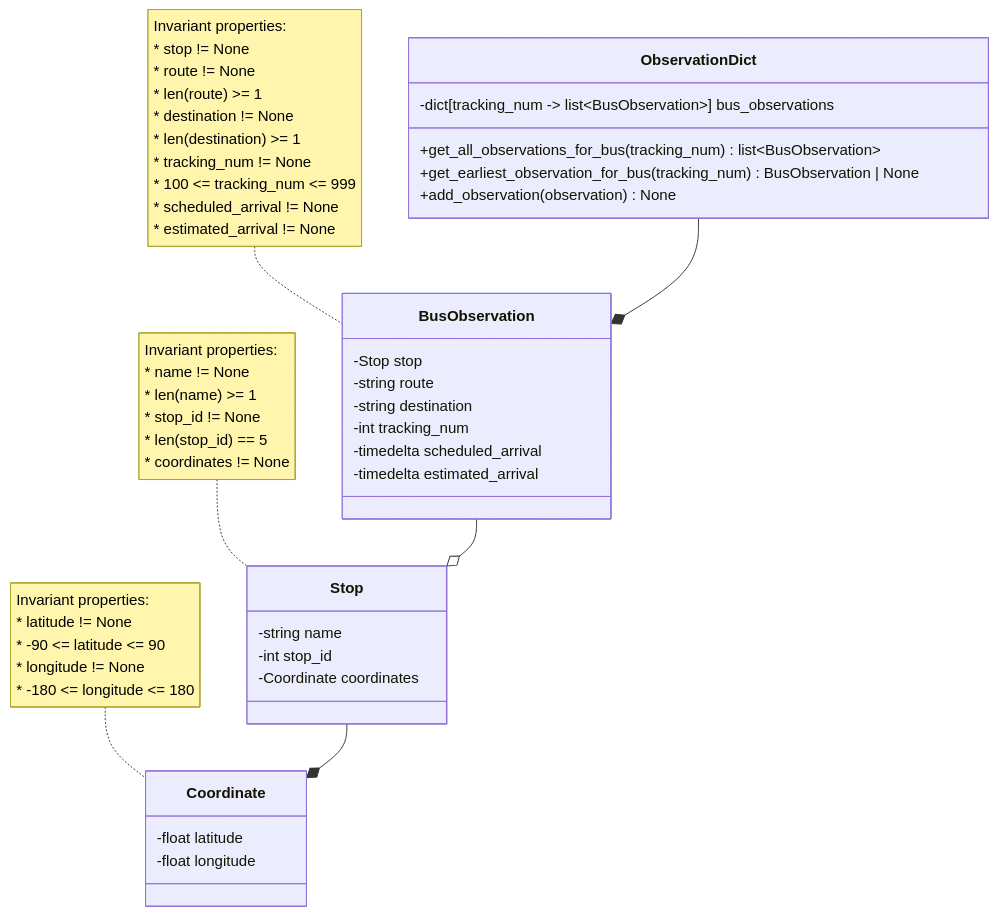
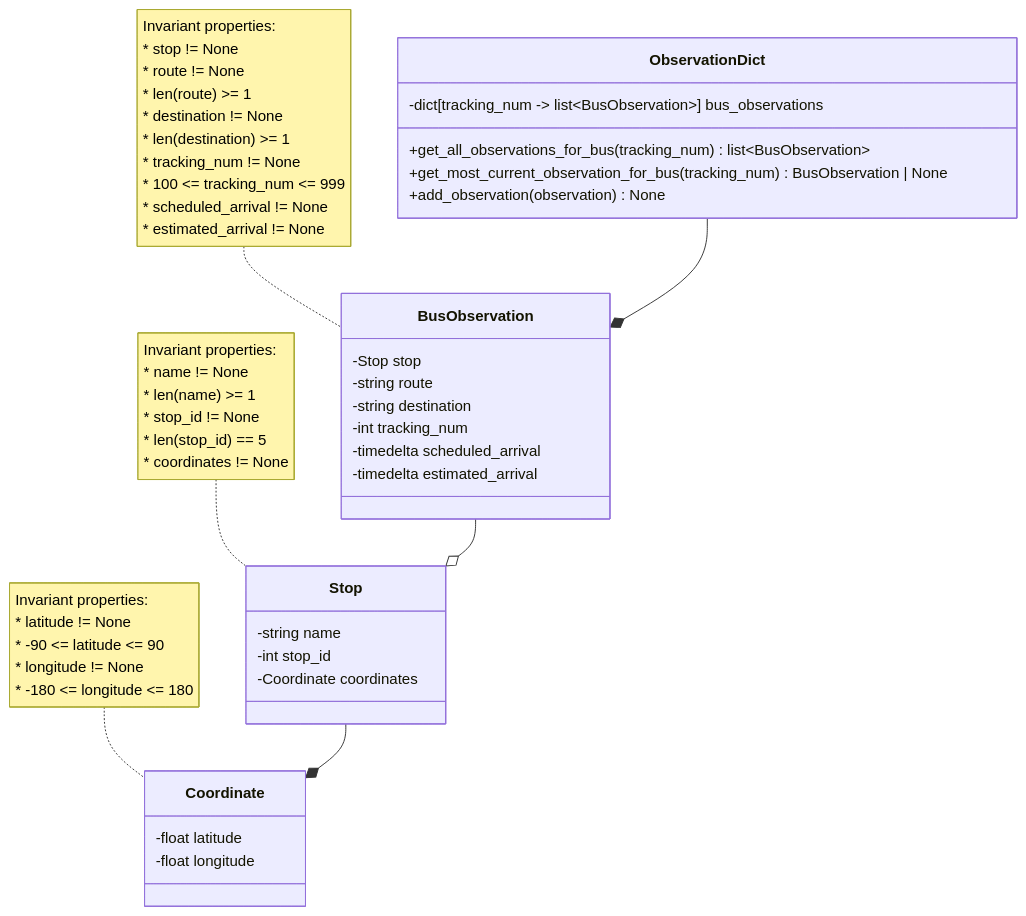
One commit to Michel-Prejet/zeb-tracker changed the diagram in src/utilities/live_tracker/domain.md. Above: the diagram before and after it, drawn with Mermaid. The commit also changed 29 other files, not shown here.

````diff
--- a/src/utilities/live_tracker/domain.md
+++ b/src/utilities/live_tracker/domain.md
@@ -1,64 +1,64 @@
 ```mermaid
 classDiagram
     class ObservationDict {
         %% Observations sorted by estimated arrival time
         -dict[tracking_num -> list~BusObservation~] bus_observations
         
         +get_all_observations_for_bus(tracking_num) list~BusObservation~
-        +get_earliest_observation_for_bus(tracking_num) BusObservation | None
+        +get_most_current_observation_for_bus(tracking_num) BusObservation | None
         +add_observation(observation) None
     }
 
     ObservationDict --* BusObservation
     
     class BusObservation {
         -Stop stop
         -string route
         -string destination
         -int tracking_num
         -timedelta scheduled_arrival
         -timedelta estimated_arrival
     }
     
     BusObservation --o Stop
     
     note for BusObservation"Invariant properties:
     * stop != None
     * route != None
     * len(route) >= 1
     * destination != None
     * len(destination) >= 1
     * tracking_num != None
     * 100 <= tracking_num <= 999
     * scheduled_arrival != None
     * estimated_arrival != None
     "
     
     class Stop {
         -string name
         -int stop_id
         -Coordinate coordinates
     }
     
     Stop --* Coordinate
 
     note for Stop"Invariant properties:
     * name != None
     * len(name) >= 1
     * stop_id != None
     * len(stop_id) == 5
     * coordinates != None
     "
     
     class Coordinate {
         -float latitude
         -float longitude
     }
     
     note for Coordinate"Invariant properties:
     * latitude != None
     * -90 <= latitude <= 90
     * longitude != None
     * -180 <= longitude <= 180
     "
 ```
````
